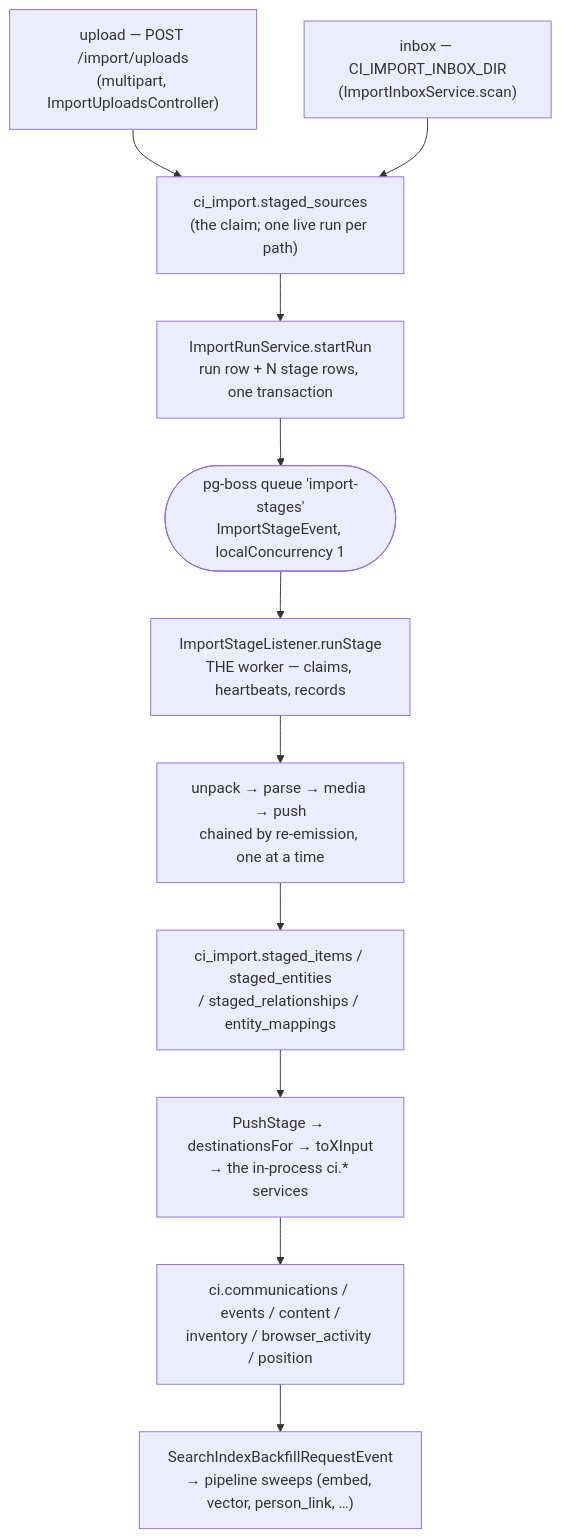
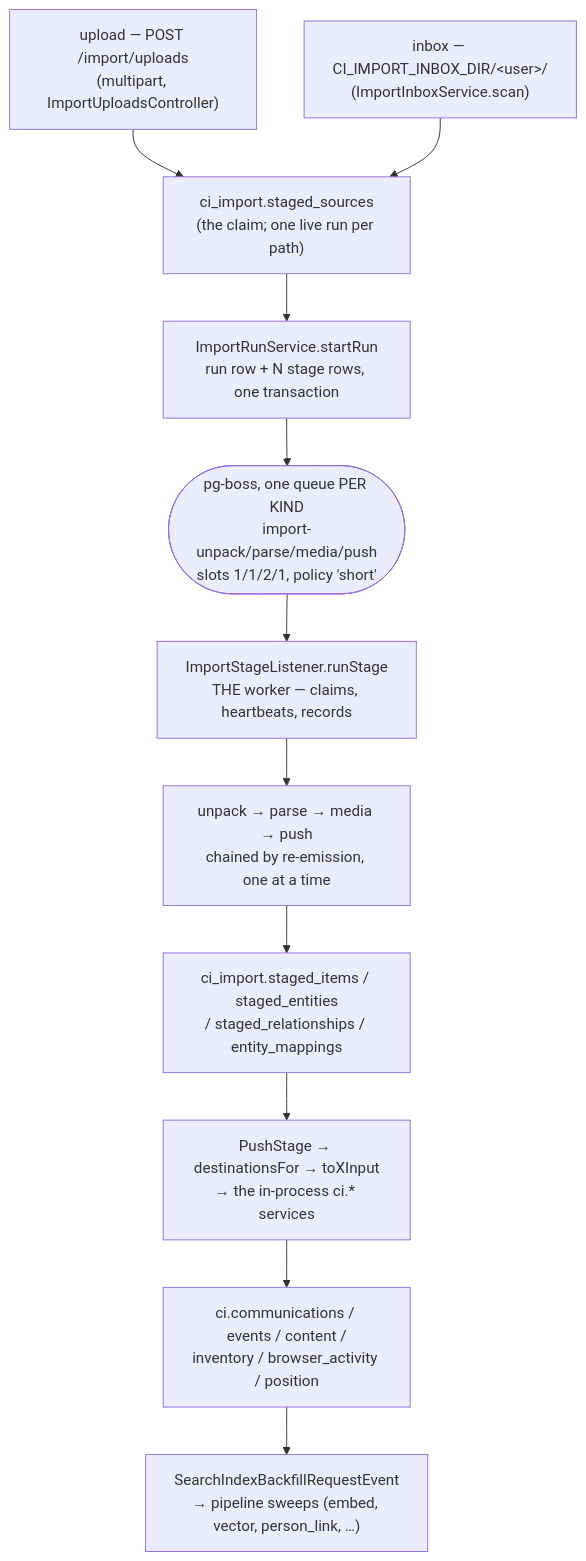
One commit to bennettchamberlain/Requiemv1 changed the diagram in docs/import/etl-agent-guide.md. Above: the diagram before and after it, drawn with Mermaid. The commit also changed other lines of this file and 1 other file, not shown here.

````diff
--- a/docs/import/etl-agent-guide.md
+++ b/docs/import/etl-agent-guide.md
@@ -52,14 +64,14 @@
 ```mermaid
 flowchart TD
     U["upload — POST /import/uploads<br/>(multipart, ImportUploadsController)"] --> SS
-    I["inbox — CI_IMPORT_INBOX_DIR<br/>(ImportInboxService.scan)"] --> SS
+    I["inbox — CI_IMPORT_INBOX_DIR/&lt;user&gt;/<br/>(ImportInboxService.scan)"] --> SS
     SS["ci_import.staged_sources<br/>(the claim; one live run per path)"] --> SR
     SR["ImportRunService.startRun<br/>run row + N stage rows, one transaction"] --> Q
-    Q(["pg-boss queue 'import-stages'<br/>ImportStageEvent, localConcurrency 1"]) --> W
+    Q(["pg-boss, one queue PER KIND<br/>import-unpack/parse/media/push<br/>slots 1/1/2/1, policy 'short'"]) --> W
     W["ImportStageListener.runStage<br/>THE worker — claims, heartbeats, records"] --> ST
     ST["unpack → parse → media → push<br/>chained by re-emission, one at a time"] --> STG
     STG["ci_import.staged_items / staged_entities<br/>/ staged_relationships / entity_mappings"] --> P
     P["PushStage → destinationsFor → toXInput<br/>→ the in-process ci.* services"] --> CI
     CI["ci.communications / events / content /<br/>inventory / browser_activity / position"] --> PL
     PL["SearchIndexBackfillRequestEvent<br/>→ pipeline sweeps (embed, vector, person_link, …)"]
 ```
````
